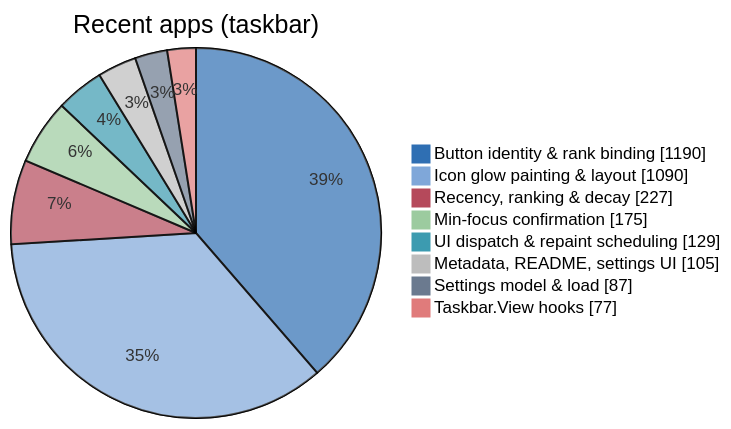
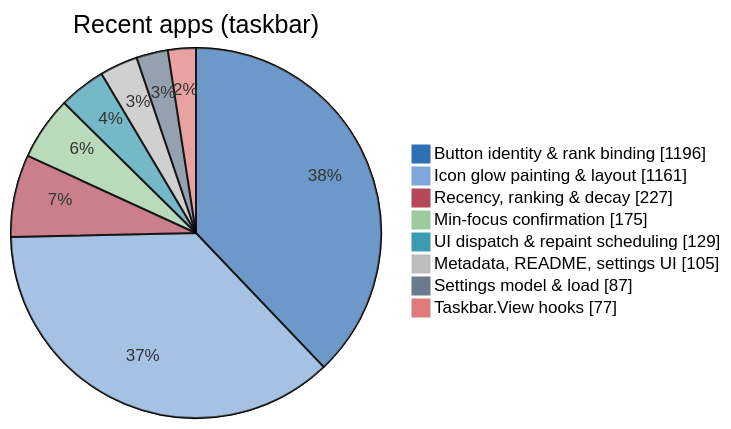
One commit to jvlasek/taskbar-recent-focus-highlight changed the third of 5 diagrams in doc/code/code-breakdown.md. Above: the diagram before and after it, drawn with Mermaid. The commit also changed other lines of this file and 8 other files, not shown here.

````diff
--- a/doc/code/code-breakdown.md
+++ b/doc/code/code-breakdown.md
@@ -119,12 +119,12 @@
 ```mermaid
 %%{init: {"themeVariables": {"pie1": "#2F6FB3", "pie2": "#7FA7D9", "pie3": "#B5495B", "pie4": "#9CCB9F", "pie5": "#3C9BB0", "pie6": "#BDBDBD", "pie7": "#6B7A8F", "pie8": "#E07B7B", "pieOuterStrokeWidth": "1px"}}}%%
 pie showData title Recent apps (taskbar)
-    "Button identity & rank binding" : 1190
-    "Icon glow painting & layout" : 1090
+    "Button identity & rank binding" : 1196
+    "Icon glow painting & layout" : 1161
     "Recency, ranking & decay" : 227
     "Min-focus confirmation" : 175
     "UI dispatch & repaint scheduling" : 129
     "Metadata, README, settings UI" : 105
     "Settings model & load" : 87
     "Taskbar.View hooks" : 77
 ```
````
